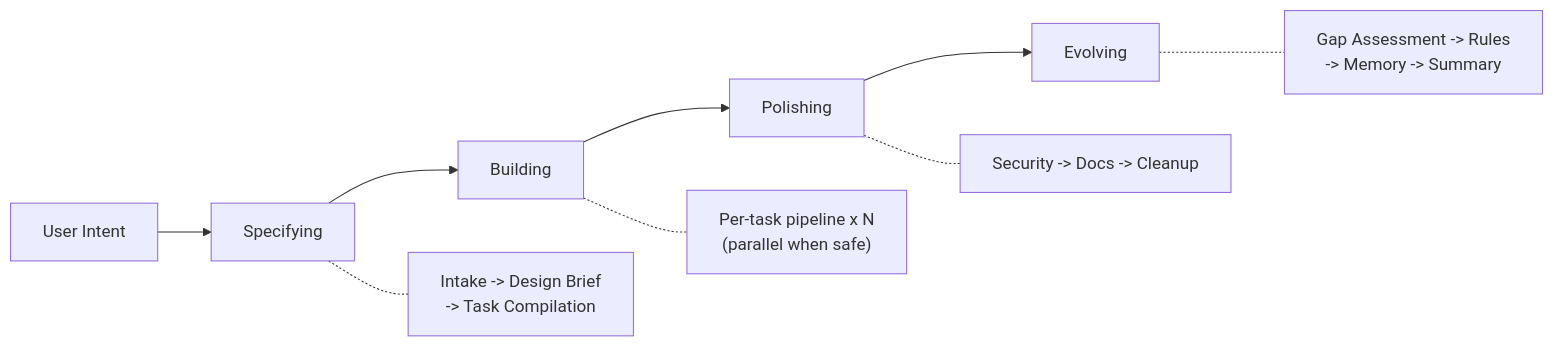
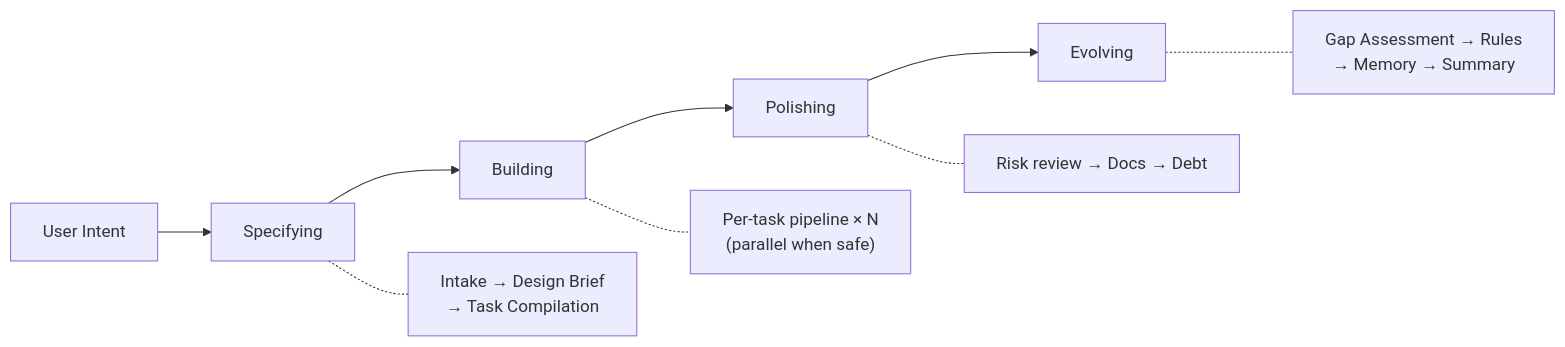
Before and after one commit to choam2426/geas: the diagram in README.md, drawn with Mermaid. The commit also changed other lines of this file, not shown here.

````diff
--- a/README.md
+++ b/README.md
@@ -60,12 +38,12 @@
 ```mermaid
 graph LR
     A[User Intent] --> B[Specifying]
     B --> C[Building]
     C --> D[Polishing]
     D --> E[Evolving]
 
-    B -.- B1["Intake -> Design Brief\n-> Task Compilation"]
-    C -.- C1["Per-task pipeline x N\n(parallel when safe)"]
-    D -.- D1["Security -> Docs -> Cleanup"]
-    E -.- E1["Gap Assessment -> Rules\n-> Memory -> Summary"]
+    B -.- B1["Intake → Design Brief\n→ Task Compilation"]
+    C -.- C1["Per-task pipeline × N\n(parallel when safe)"]
+    D -.- D1["Risk review → Docs → Debt"]
+    E -.- E1["Gap Assessment → Rules\n→ Memory → Summary"]
 ```
````
